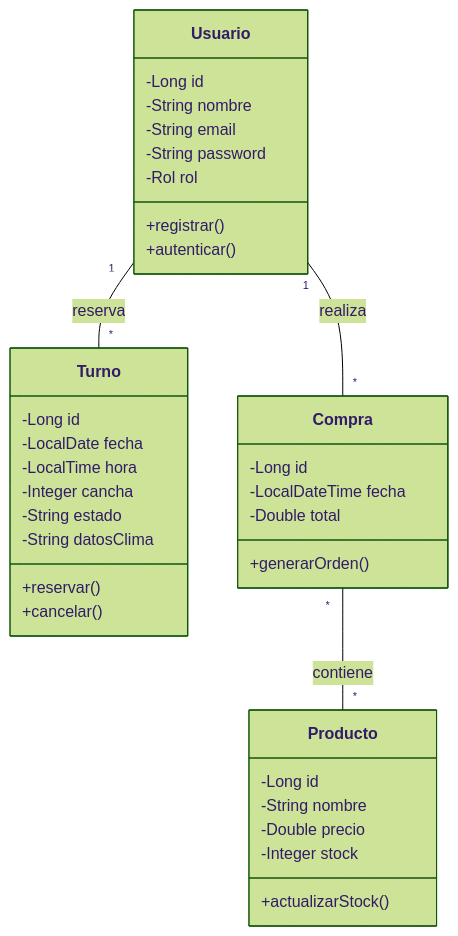
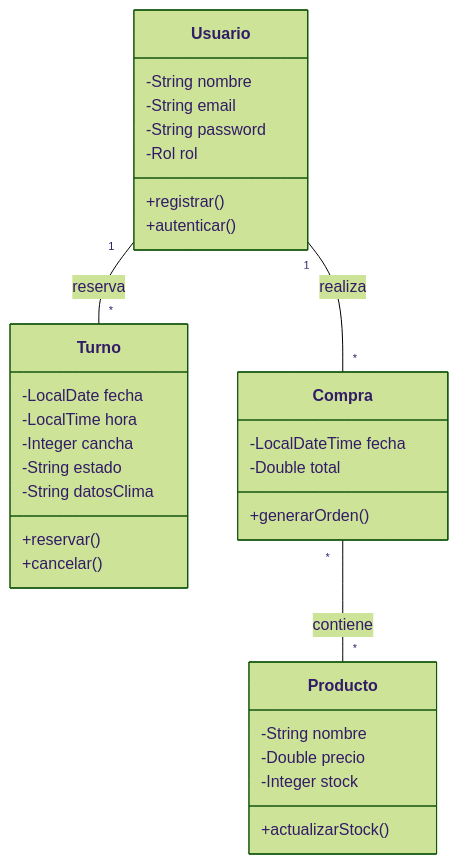
The diagram in modeloClases.md (Instituto-Politecnico-Modelo/2026-MTN-TP3-docs-Miceli-Tabuada), drawn with Mermaid (forest theme) before and after one commit.

Commit message:
sacamos los "id" de modeloClases.md -  closes #4

````diff
--- a/modeloClases.md
+++ b/modeloClases.md
@@ -5,42 +5,38 @@
 ```mermaid
 classDiagram
     class Usuario {
-        -Long id
         -String nombre
         -String email
         -String password
         -Rol rol
         +registrar()
         +autenticar()
     }
 
     class Turno {
-        -Long id
         -LocalDate fecha
         -LocalTime hora
         -Integer cancha
         -String estado
         -String datosClima
         +reservar()
         +cancelar()
     }
 
     class Producto {
-        -Long id
         -String nombre
         -Double precio
         -Integer stock
         +actualizarStock()
     }
 
     class Compra {
-        -Long id
         -LocalDateTime fecha
         -Double total
         +generarOrden()
     }
 
     Usuario "1" -- "*" Turno : reserva
     Usuario "1" -- "*" Compra : realiza
     Compra "*" -- "*" Producto : contiene
 ```
````
